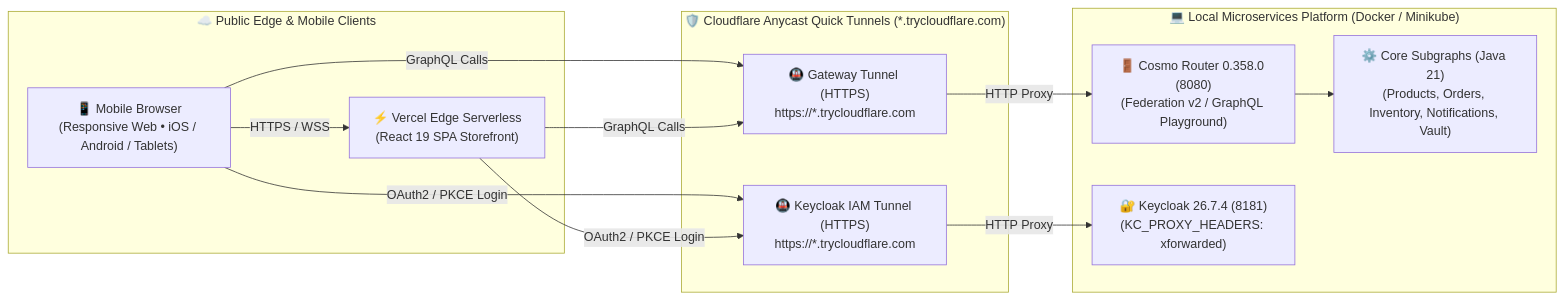
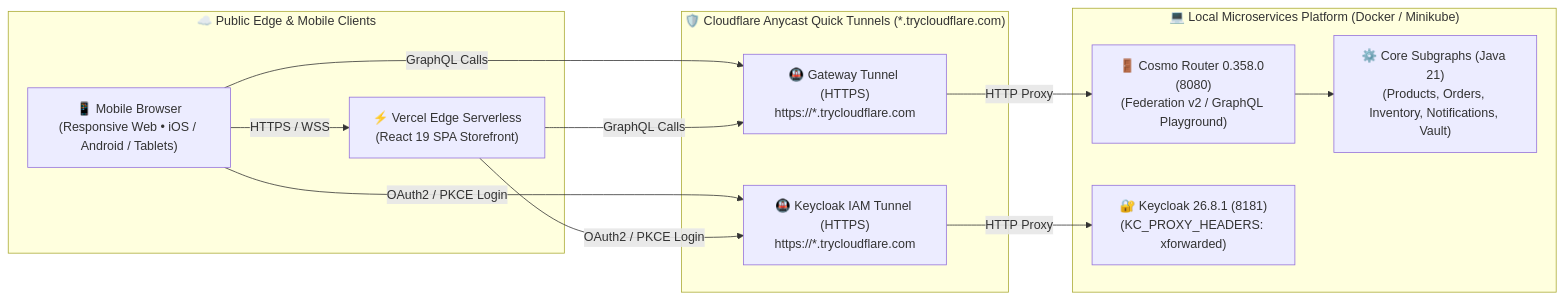
One commit to GeorgeGxx/microservices-architecture changed the sixth of 7 diagrams in docs/01-architecture/ARCHITECTURE.md. Above: the diagram before and after it, drawn with Mermaid. The commit also changed other lines of this file and 8 other files, not shown here.

````diff
--- a/docs/01-architecture/ARCHITECTURE.md
+++ b/docs/01-architecture/ARCHITECTURE.md
@@ -631,25 +631,25 @@
 ```mermaid
 graph LR
     subgraph PublicInternet ["☁️ Public Edge & Mobile Clients"]
         Mobile["📱 Mobile Browser<br/>(Responsive Web • iOS / Android / Tablets)"]
         Vercel["⚡ Vercel Edge Serverless<br/>(React 19 SPA Storefront)"]
     end
 
     subgraph CloudflareEdge ["🛡️ Cloudflare Anycast Quick Tunnels (*.trycloudflare.com)"]
         CFTunnel1["🚇 Gateway Tunnel (HTTPS)<br/>https://*.trycloudflare.com"]
         CFTunnel2["🚇 Keycloak IAM Tunnel (HTTPS)<br/>https://*.trycloudflare.com"]
     end
 
     subgraph LocalInfrastructure ["💻 Local Microservices Platform (Docker / Minikube)"]
         APIGW["🚪 Cosmo Router 0.358.0 (8080)<br/>(Federation v2 / GraphQL Playground)"]
-        Keycloak["🔐 Keycloak 26.7.4 (8181)<br/>(KC_PROXY_HEADERS: xforwarded)"]
+        Keycloak["🔐 Keycloak 26.8.1 (8181)<br/>(KC_PROXY_HEADERS: xforwarded)"]
         Microservices["⚙️ Core Subgraphs (Java 21)<br/>(Products, Orders, Inventory, Notifications, Vault)"]
     end
 
     Mobile -->|HTTPS / WSS| Vercel
     Mobile & Vercel -->|GraphQL Calls| CFTunnel1
     Mobile & Vercel -->|OAuth2 / PKCE Login| CFTunnel2
     CFTunnel1 -->|HTTP Proxy| APIGW
     CFTunnel2 -->|HTTP Proxy| Keycloak
     APIGW --> Microservices
 ```
````
